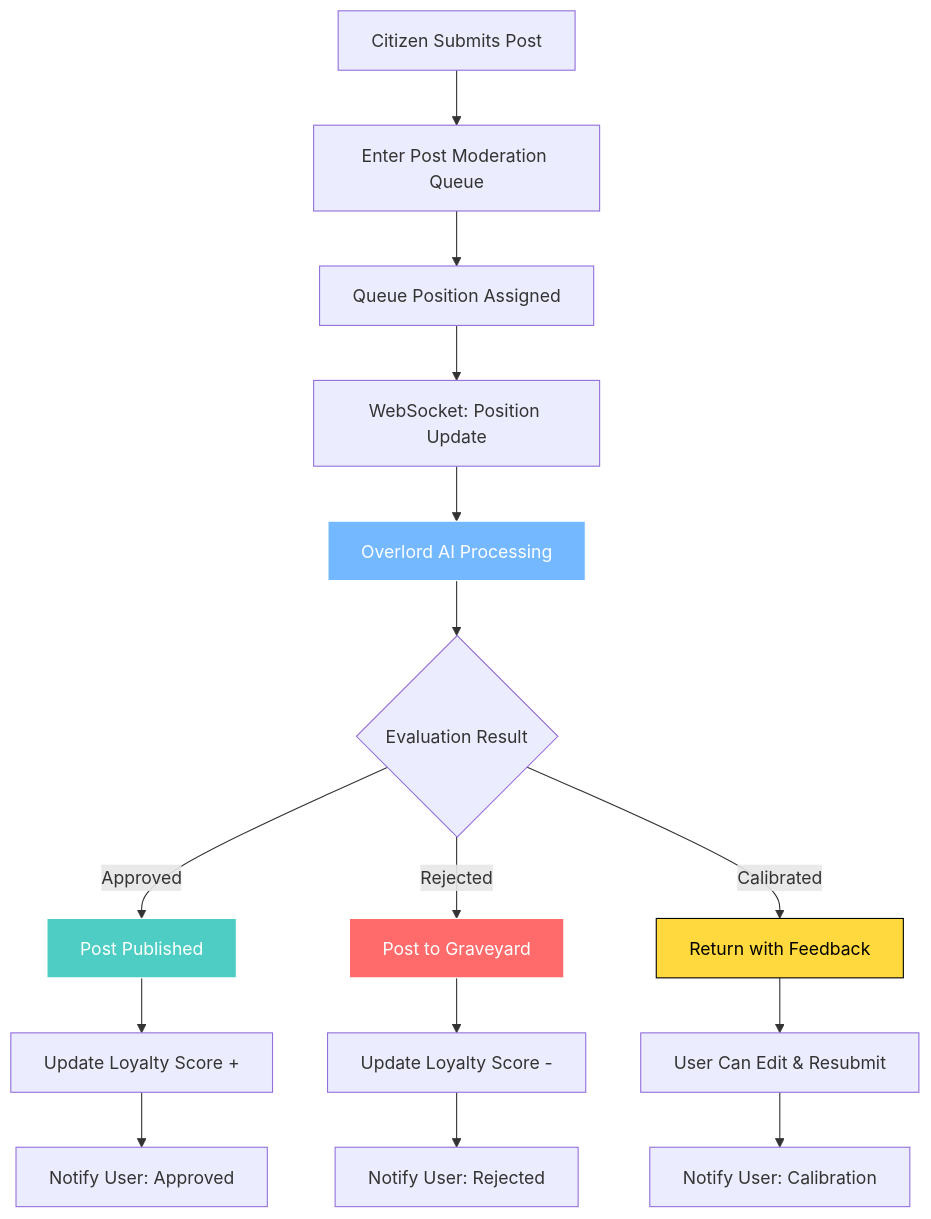
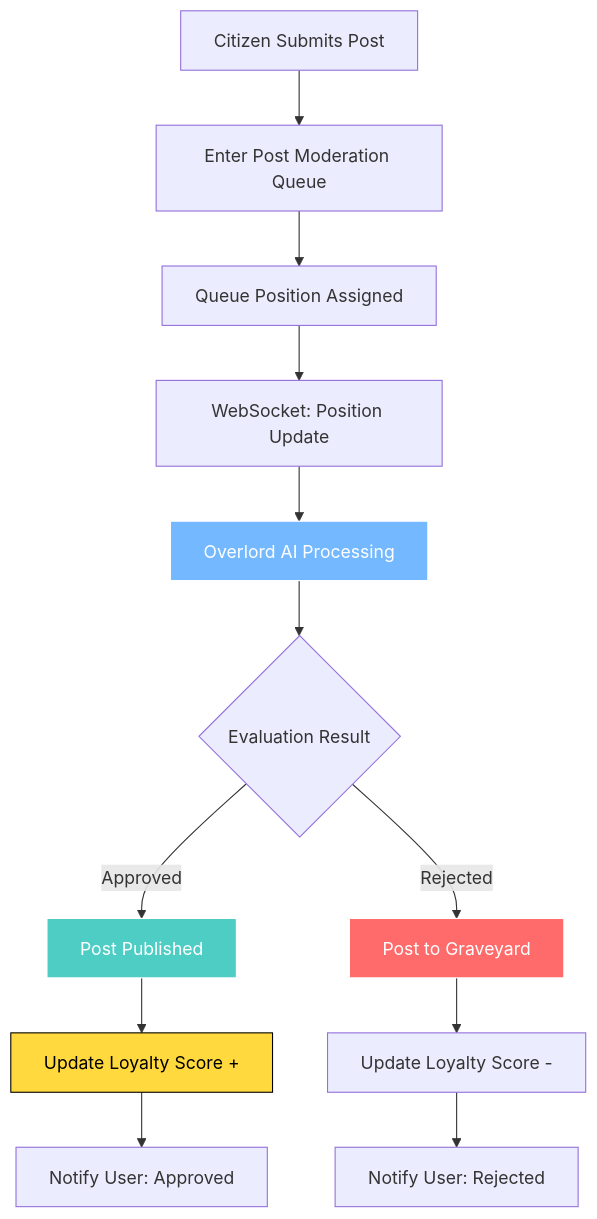
One commit to joshSzep/therobotoverlord-mono changed the first of 2 diagrams in docs/business-requirements/07-posts-moderation.md. Above: the diagram before and after it, drawn with Mermaid. The commit also changed other lines of this file and 12 other files, not shown here.

````diff
--- a/docs/business-requirements/07-posts-moderation.md
+++ b/docs/business-requirements/07-posts-moderation.md
@@ -5,25 +5,22 @@
 ```mermaid
 flowchart TD
     A[Citizen Submits Post] --> B[Enter Post Moderation Queue]
     B --> C[Queue Position Assigned]
     C --> D[WebSocket: Position Update]
     D --> E[Overlord AI Processing]
     E --> F{Evaluation Result}
     
     F -->|Approved| G[Post Published]
     F -->|Rejected| H[Post to Graveyard]
-    F -->|Calibrated| I[Return with Feedback]
     
-    G --> J[Update Loyalty Score +]
-    H --> K[Update Loyalty Score -]
-    I --> L[User Can Edit & Resubmit]
+    G --> I[Update Loyalty Score +]
+    H --> J[Update Loyalty Score -]
     
-    J --> M[Notify User: Approved]
-    K --> N[Notify User: Rejected]
-    L --> O[Notify User: Calibration]
+    I --> K[Notify User: Approved]
+    J --> L[Notify User: Rejected]
     
     style E fill:#74b9ff,stroke:#fff,color:#fff
     style G fill:#4ecdc4,stroke:#fff,color:#fff
     style H fill:#ff6b6b,stroke:#fff,color:#fff
     style I fill:#ffd93d,stroke:#000,color:#000
 ```
````
